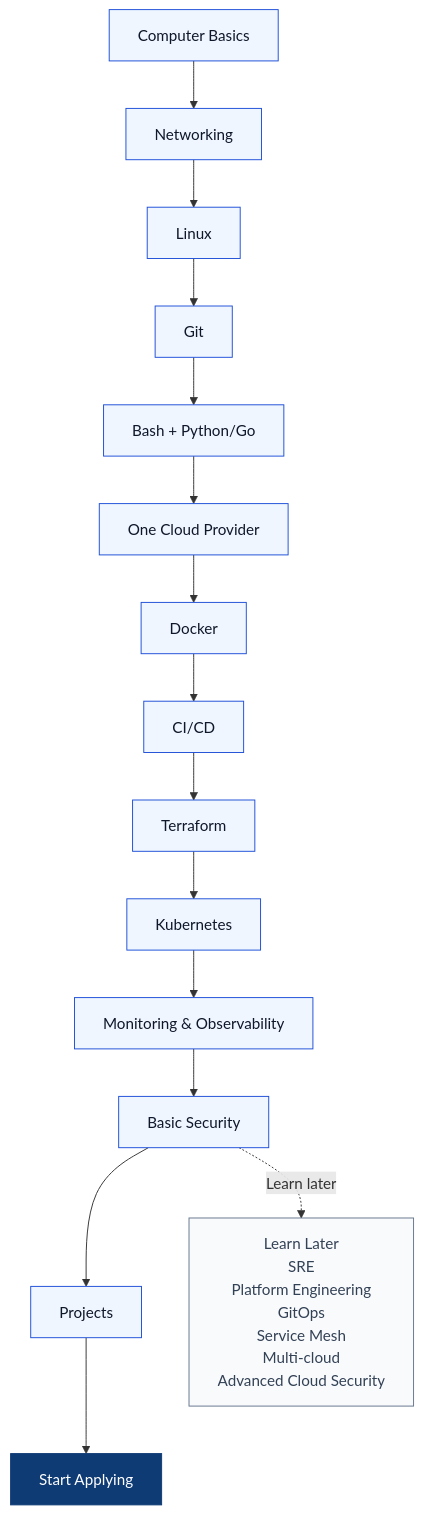
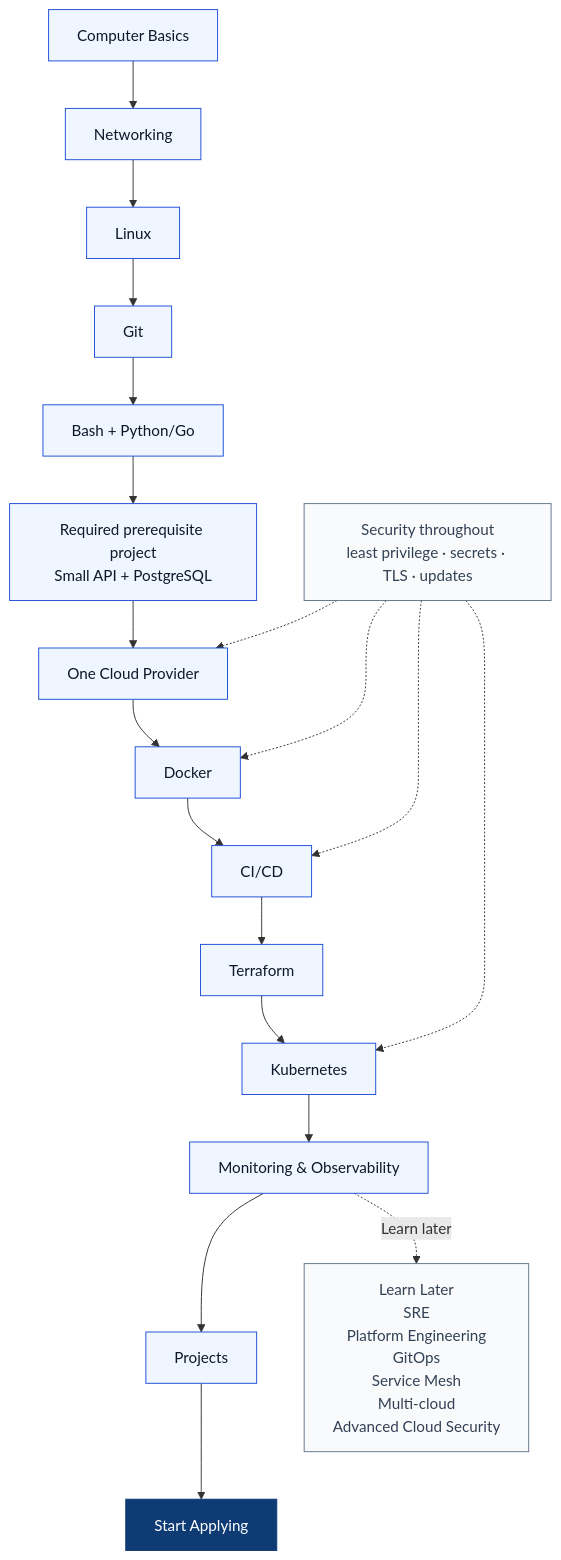
Before and after one commit to mazenessam77/cloud-devops-roadmap-2026: the diagram in ROADMAP.md, drawn with Mermaid. The commit also changed other lines of this file and 5 other files, not shown here.

````diff
--- a/ROADMAP.md
+++ b/ROADMAP.md
@@ -5,25 +5,30 @@
 ```mermaid
 flowchart TD
     A[Computer Basics] --> B[Networking]
     B --> C[Linux]
     C --> D[Git]
     D --> E[Bash + Python/Go]
-    E --> F[One Cloud Provider]
+    E --> P[Required prerequisite project<br/>Small API + PostgreSQL]
+    P --> F[One Cloud Provider]
     F --> G[Docker]
     G --> H[CI/CD]
     H --> I[Terraform]
     I --> J[Kubernetes]
     J --> K[Monitoring & Observability]
-    K --> L[Basic Security]
-    L --> M[Projects]
+    K --> M[Projects]
     M --> N[Start Applying]
 
-    L -. Learn later .-> O[Learn Later<br/>SRE<br/>Platform Engineering<br/>GitOps<br/>Service Mesh<br/>Multi-cloud<br/>Advanced Cloud Security]
+    S[Security throughout<br/>least privilege · secrets · TLS · updates] -.-> F
+    S -.-> G
+    S -.-> H
+    S -.-> J
+
+    K -. Learn later .-> O[Learn Later<br/>SRE<br/>Platform Engineering<br/>GitOps<br/>Service Mesh<br/>Multi-cloud<br/>Advanced Cloud Security]
 
     classDef main fill:#eff6ff,stroke:#1d4ed8,color:#0f172a,stroke-width:1px;
     classDef final fill:#0f3b75,stroke:#0f3b75,color:#ffffff,stroke-width:1px;
     classDef later fill:#f8fafc,stroke:#64748b,color:#334155,stroke-width:1px;
-    class A,B,C,D,E,F,G,H,I,J,K,L,M main;
+    class A,B,C,D,E,P,F,G,H,I,J,K,M main;
     class N final;
-    class O later;
+    class O,S later;
 ```
````
